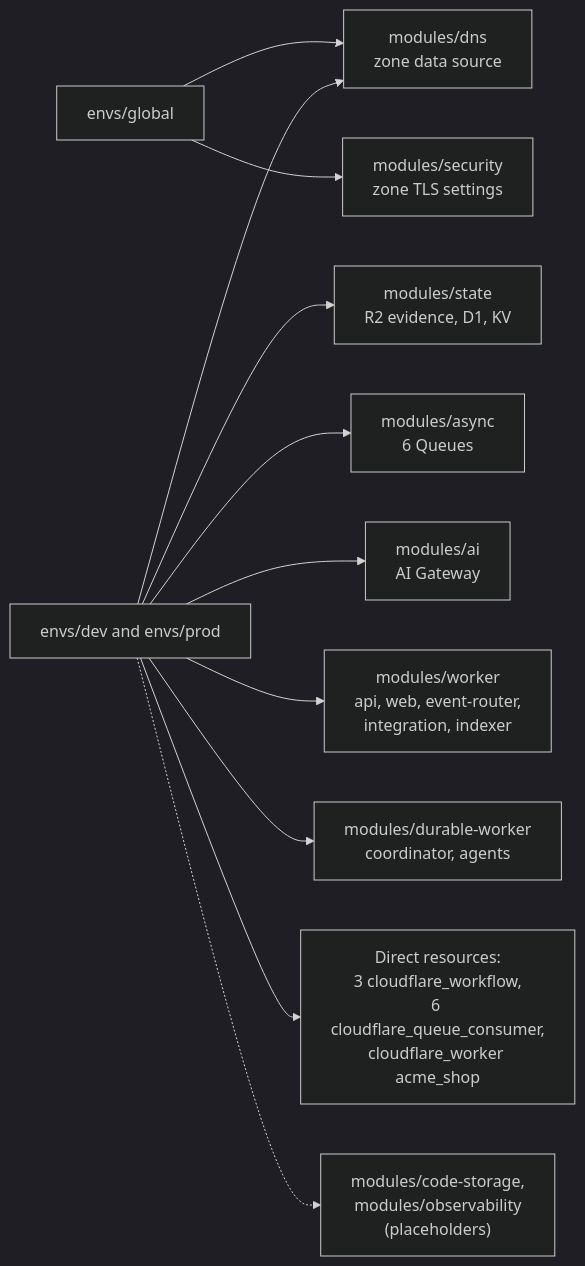
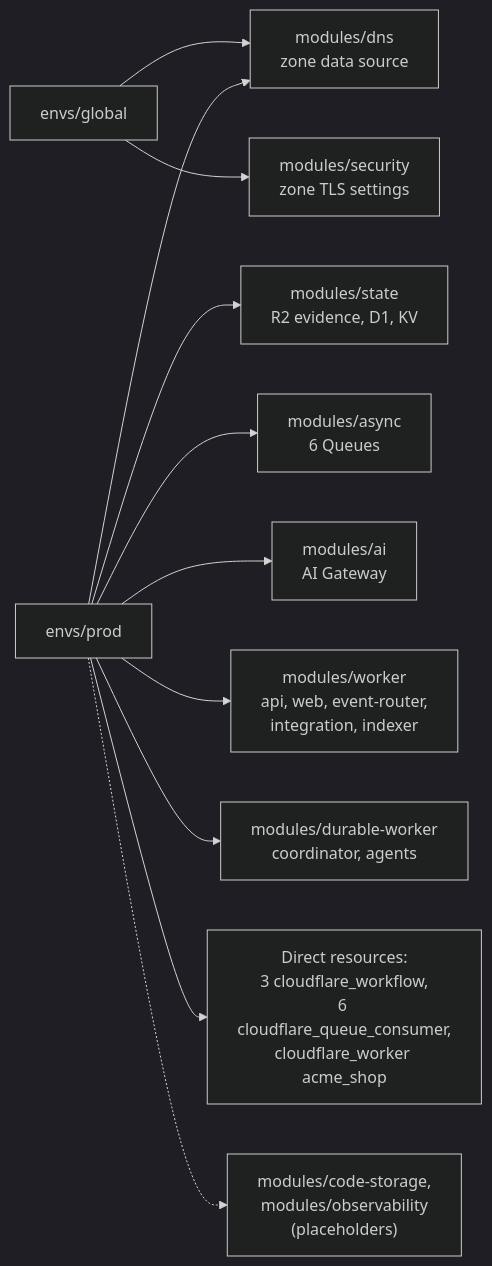
Before and after one commit to nsudhanva/rhumbatron: the second of 6 diagrams in docs/architecture/infrastructure-and-cost.md, drawn with Mermaid (dark theme). The commit also changed other lines of this file and 20 other files, not shown here.

````diff
--- a/docs/architecture/infrastructure-and-cost.md
+++ b/docs/architecture/infrastructure-and-cost.md
@@ -48,24 +45,24 @@
 ```mermaid
 flowchart LR
   GLOB["envs/global"]
-  ENV["envs/dev and envs/prod"]
+  ENV["envs/prod"]
   DNS["modules/dns<br/>zone data source"]
   SEC["modules/security<br/>zone TLS settings"]
   ST["modules/state<br/>R2 evidence, D1, KV"]
   AS["modules/async<br/>6 Queues"]
   AI["modules/ai<br/>AI Gateway"]
   WK["modules/worker<br/>api, web, event-router,<br/>integration, indexer"]
   DW["modules/durable-worker<br/>coordinator, agents"]
   DIRECT["Direct resources:<br/>3 cloudflare_workflow,<br/>6 cloudflare_queue_consumer,<br/>cloudflare_worker acme_shop"]
   PH["modules/code-storage,<br/>modules/observability<br/>(placeholders)"]
   GLOB --> DNS
   GLOB --> SEC
   ENV --> DNS
   ENV --> ST
   ENV --> AS
   ENV --> AI
   ENV --> WK
   ENV --> DW
   ENV --> DIRECT
   ENV -.-> PH
 ```
````
